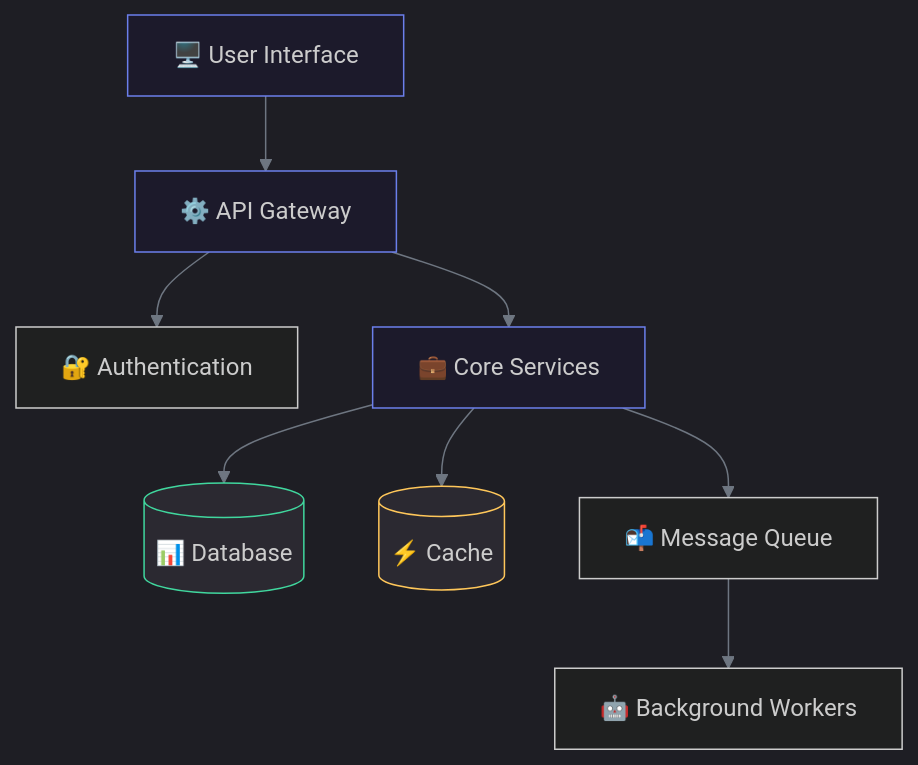
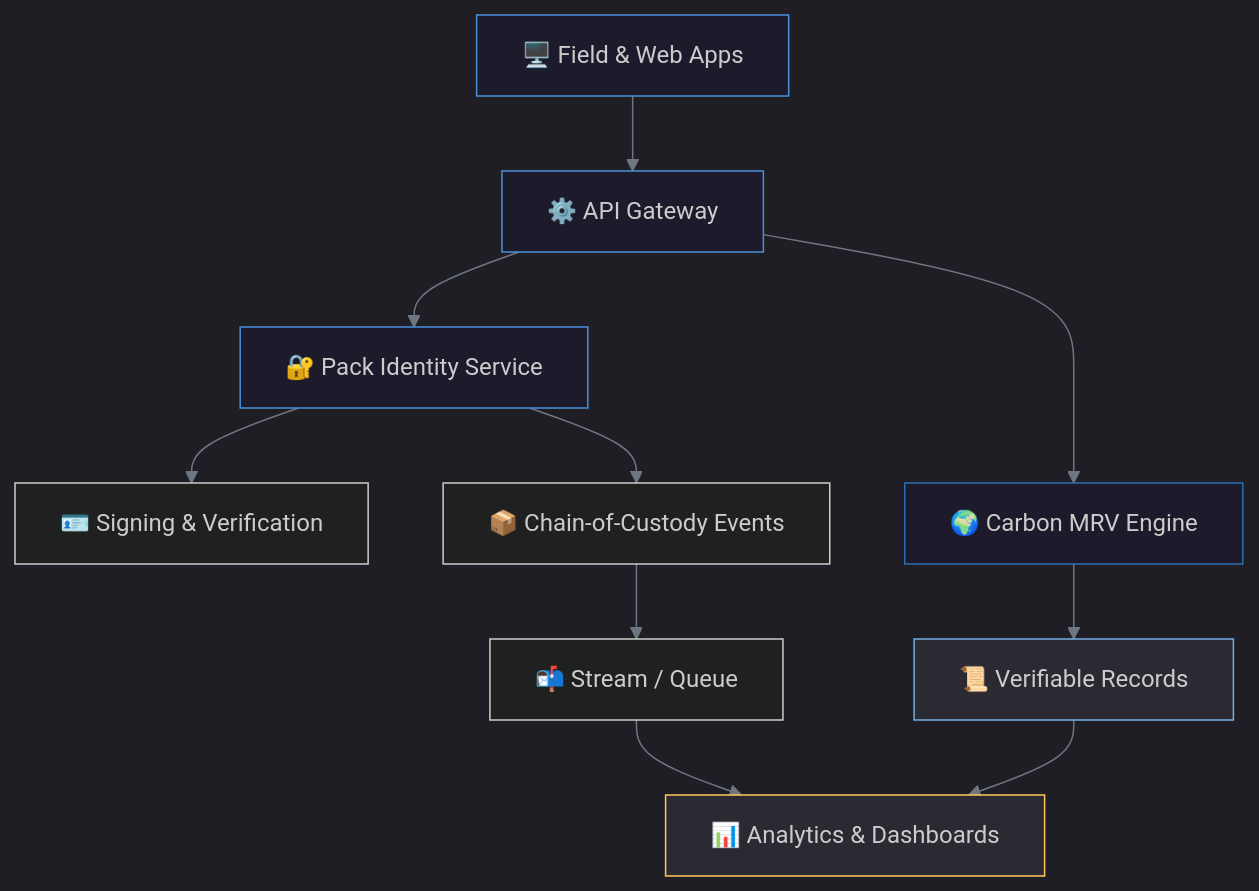
The diagram in slide_frontend/slides.md (kavia-common/slide-creator-pro-134636-134645), drawn with Mermaid before and after one commit. The commit also changed other lines of this file and 3 other files, not shown here.

````diff
--- a/slide_frontend/slides.md
+++ b/slide_frontend/slides.md
@@ -139,25 +395,28 @@
 ```mermaid
 %%{init: {
   "theme": "dark",
   "themeVariables": {
     "primaryTextColor": "#E6EDF3",
     "primaryColor": "#0B1220",
     "lineColor": "#6E7681"
   }
 }}%%
 
 flowchart TD
-    UI[🖥️ User Interface] --> API[⚙️ API Gateway]
-    API --> Auth[🔐 Authentication]
-    API --> Core[💼 Core Services]
-    Core --> DB[(📊 Database)]
-    Core --> Cache[(⚡ Cache)]
-    Core --> Queue[📬 Message Queue]
-    Queue --> Workers[🤖 Background Workers]
-    
-    style UI fill:#1C1A2B,stroke:#6B7FEB
-    style API fill:#1C1A2B,stroke:#6B7FEB
-    style Core fill:#1C1A2B,stroke:#6B7FEB
-    style DB fill:#2B2931,stroke:#40D79E
-    style Cache fill:#2B2931,stroke:#FFC75A
+    PackID[🔐 Pack Identity Service] --> Auth[🪪 Signing & Verification]
+    PackID --> Events[📦 Chain-of-Custody Events]
+    Events --> MQ[📬 Stream / Queue]
+    MQ --> Analytics[📊 Analytics & Dashboards]
+    Emissions[🌍 Carbon MRV Engine] --> Records[📜 Verifiable Records]
+    Records --> Analytics
+    API[⚙️ API Gateway] --> PackID
+    API --> Emissions
+    UI[🖥️ Field & Web Apps] --> API
+
+    style UI fill:#1C1A2B,stroke:#4A90D9
+    style API fill:#1C1A2B,stroke:#4A90D9
+    style PackID fill:#1C1A2B,stroke:#4A90D9
+    style Emissions fill:#1C1A2B,stroke:#2D6FB3
+    style Records fill:#2B2931,stroke:#74AEE6
+    style Analytics fill:#2B2931,stroke:#FFC75A
 ```
````
